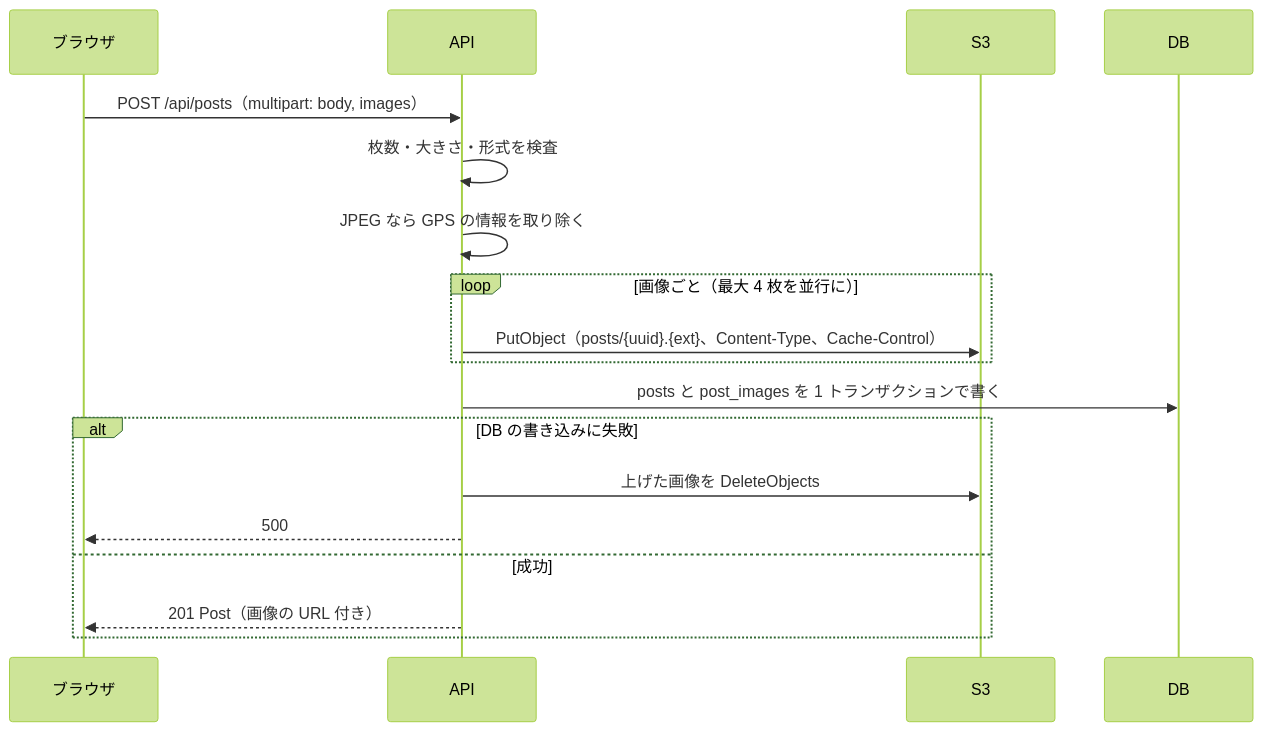
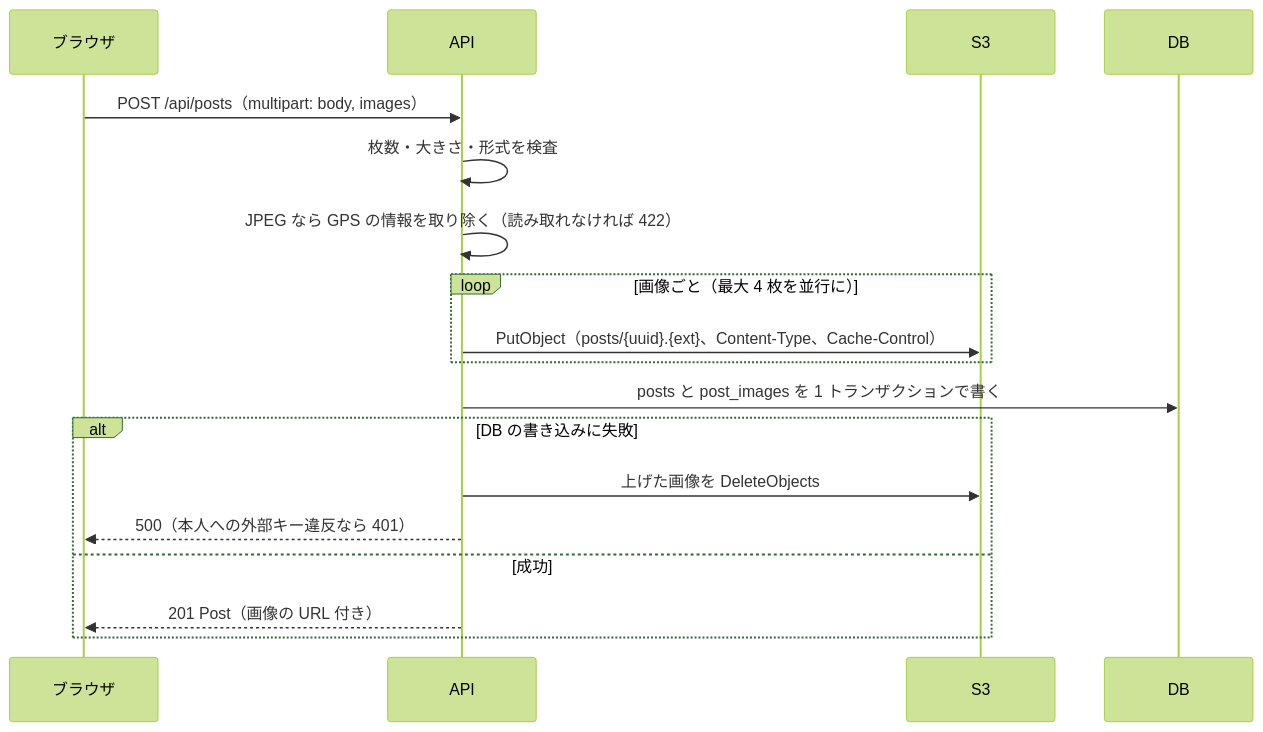
Before and after one commit to tk-media-code/raise-timeline: the diagram in docs/image-storage-design.md, drawn with Mermaid (forest theme). The commit also changed other lines of this file and 10 other files, not shown here.

````diff
--- a/docs/image-storage-design.md
+++ b/docs/image-storage-design.md
@@ -88,20 +88,20 @@
 ```mermaid
 sequenceDiagram
     participant B as ブラウザ
     participant A as API
     participant S3
     participant DB
     B->>A: POST /api/posts（multipart: body, images）
     A->>A: 枚数・大きさ・形式を検査
-    A->>A: JPEG なら GPS の情報を取り除く
+    A->>A: JPEG なら GPS の情報を取り除く（読み取れなければ 422）
     loop 画像ごと（最大 4 枚を並行に）
         A->>S3: PutObject（posts/{uuid}.{ext}、Content-Type、Cache-Control）
     end
     A->>DB: posts と post_images を 1 トランザクションで書く
     alt DB の書き込みに失敗
         A->>S3: 上げた画像を DeleteObjects
-        A-->>B: 500
+        A-->>B: 500（本人への外部キー違反なら 401）
     else 成功
         A-->>B: 201 Post（画像の URL 付き）
     end
 ```
````
